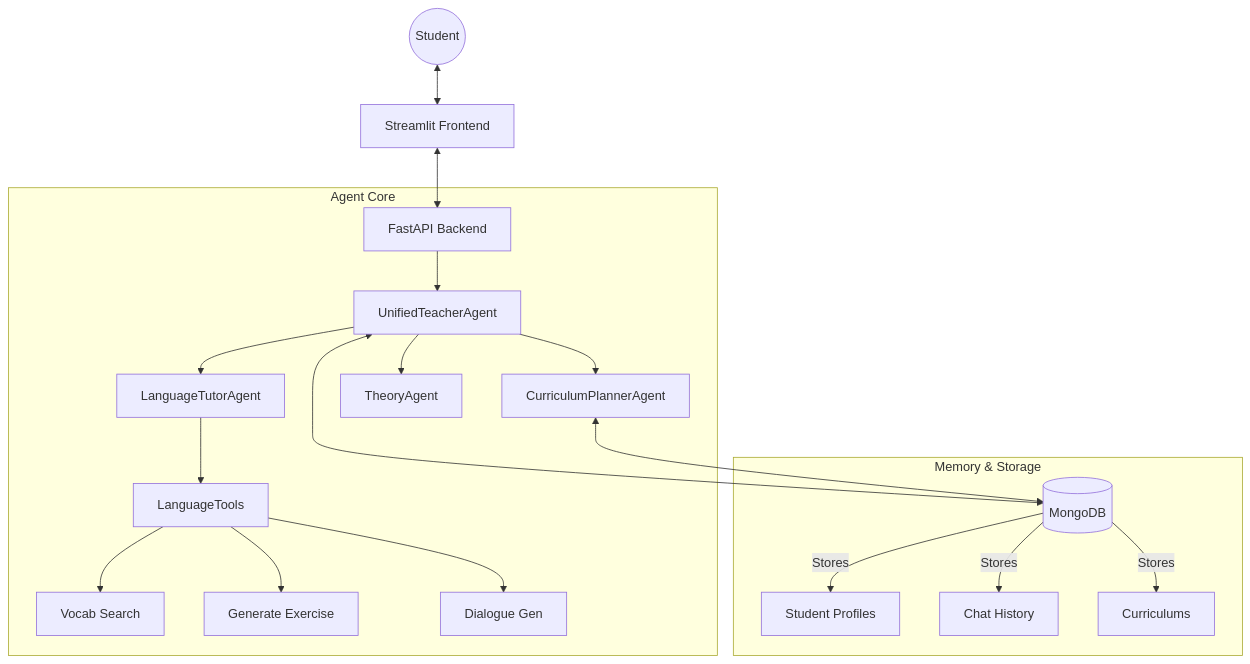
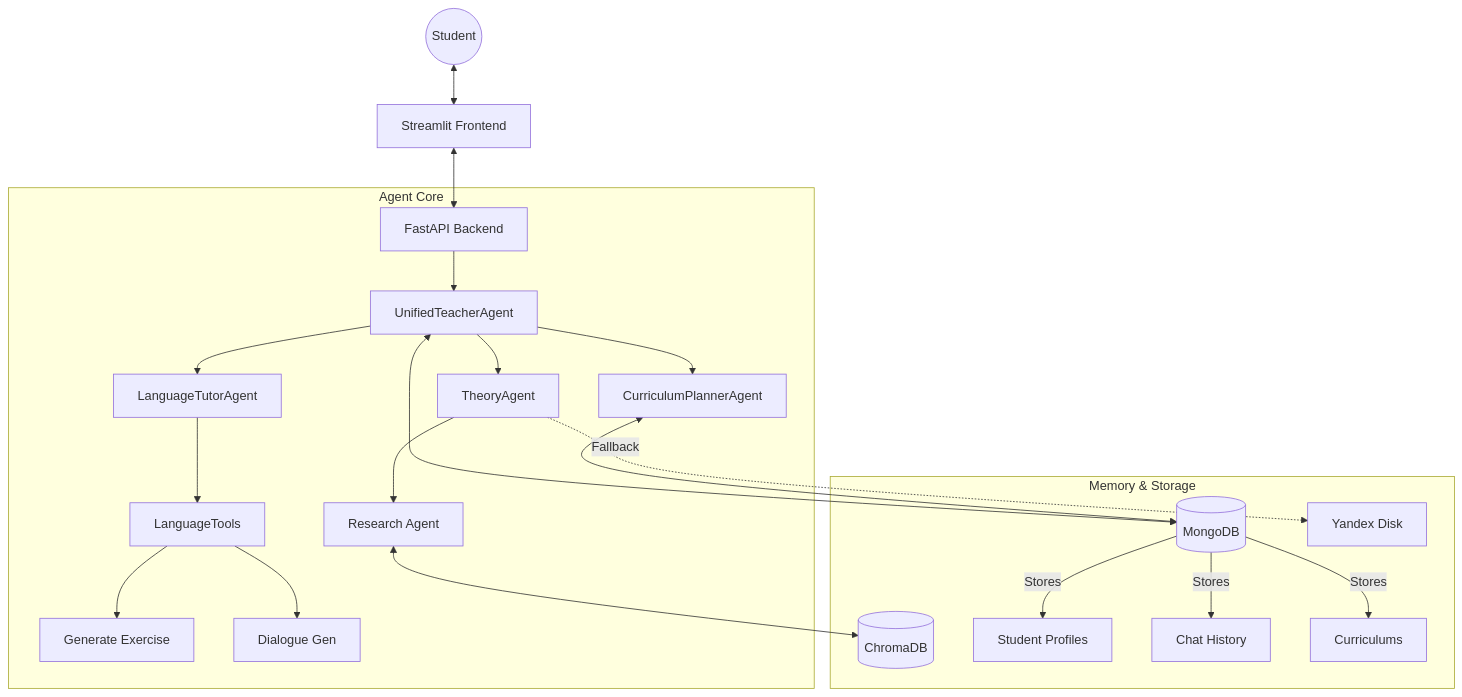
The diagram in README.md (PaslenAmari/Course_project_BDML_in_industry_2025), drawn with Mermaid before and after one commit. The commit also changed other lines of this file and 34 other files, not shown here.

````diff
--- a/README.md
+++ b/README.md
@@ -30,25 +29,30 @@
 ```mermaid
 graph TD
     User((Student)) <--> UI[Streamlit Frontend]
     UI <--> API[FastAPI Backend]
     
     subgraph "Agent Core"
         API --> Unified[UnifiedTeacherAgent]
         Unified --> Planner[CurriculumPlannerAgent]
         Unified --> Tutor[LanguageTutorAgent]
         Unified --> Theory[TheoryAgent]
         
         Tutor --> Tools[LanguageTools]
-        Tools --> VS[Vocab Search]
         Tools --> GE[Generate Exercise]
         Tools --> DG[Dialogue Gen]
+        
+        Theory --> RAG[Research Agent]
     end
     
     subgraph "Memory & Storage"
         Unified <--> DB[(MongoDB)]
         Planner <--> DB
+        
+        RAG <--> Chroma[(ChromaDB)]
+        Theory -. Fallback .-> YD[Yandex Disk]
+        
         DB -- Stores --> Profiles[Student Profiles]
         DB -- Stores --> History[Chat History]
         DB -- Stores --> Syllabus[Curriculums]
     end
 ```
````
